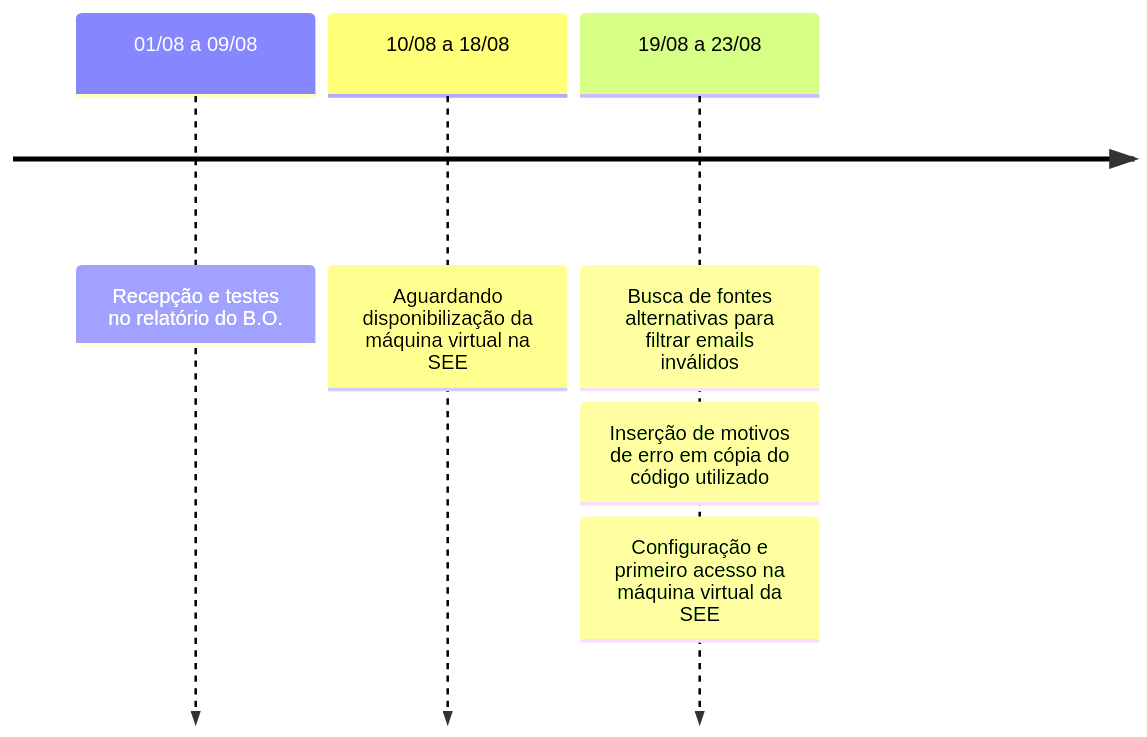
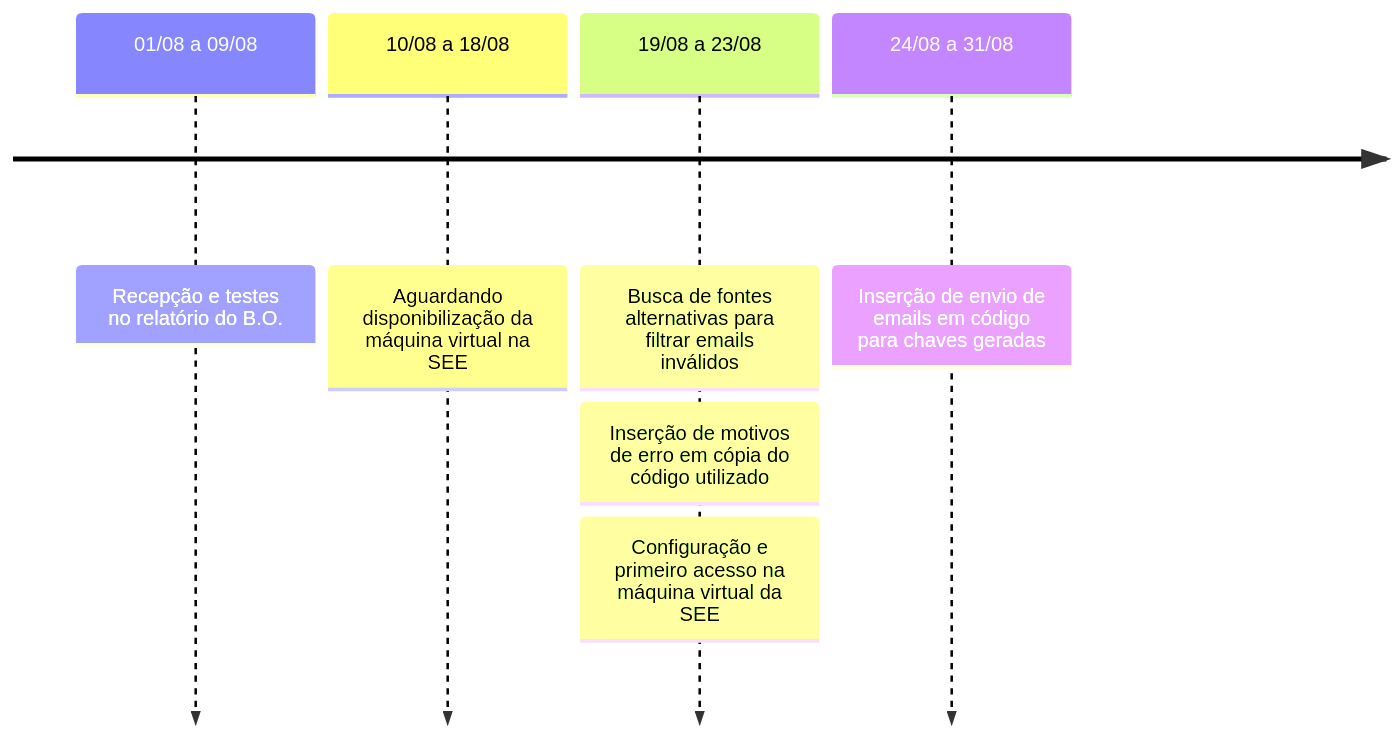
The second of 2 diagrams in docs/linha_do_tempo/projeto_see_fgts.md (automatiza-mg/handbook), drawn with Mermaid before and after one commit.

Commit message:
atualiza linha do tempo projeto FGTS-SEE

````diff
--- a/docs/linha_do_tempo/projeto_see_fgts.md
+++ b/docs/linha_do_tempo/projeto_see_fgts.md
@@ -34,8 +34,9 @@
     ```mermaid
     timeline
         01/08 a 09/08 : Recepção e testes no relatório do B.O.
         10/08 a 18/08 : Aguardando disponibilização da máquina virtual na SEE
         19/08 a 23/08 : Busca de fontes alternativas para filtrar emails inválidos
                       : Inserção de motivos de erro em cópia do código utilizado
-                      : Configuração e primeiro acesso na máquina virtual da SEE              
+                      : Configuração e primeiro acesso na máquina virtual da SEE
+        24/08 a 31/08 : Inserção de envio de emails em código para chaves geradas              
     ```
````
